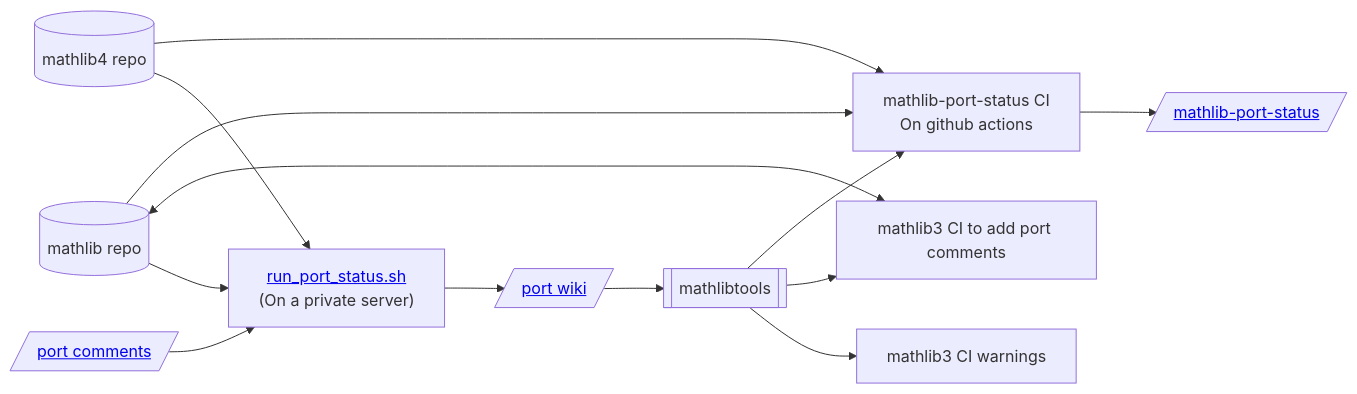
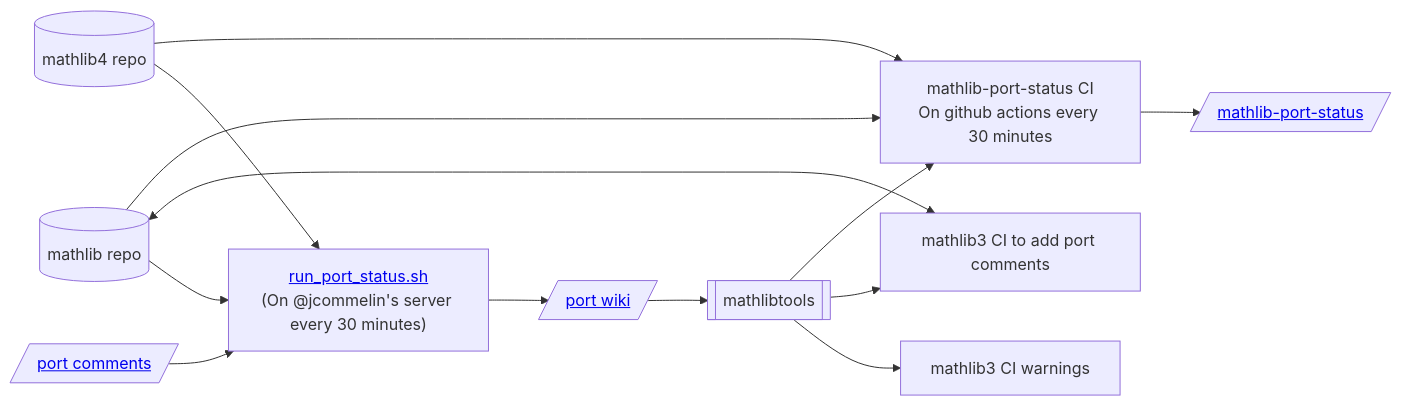
The diagram in README.md (leanprover-community/mathlib-port-status), drawn with Mermaid before and after one commit.

Commit message:
More CI details in the readme

````diff
--- a/README.md
+++ b/README.md
@@ -6,27 +6,27 @@
 ```mermaid
 graph LR;
     mathlib4[(mathlib4 repo)]
     mathlib3[(mathlib repo)]
     port-comments[/"<a href='https://raw.githubusercontent.com/wiki/leanprover-community/mathlib4/port-comments.md'>port comments</a>"/]
-    run_port_status["<a href='https://github.com/leanprover-community/mathlib4/blob/master/scripts/run_port_status.sh'>run_port_status.sh</a><br />(On a private server)"]
+    run_port_status["<a href='https://github.com/leanprover-community/mathlib4/blob/master/scripts/run_port_status.sh'>run_port_status.sh</a><br />(On @jcommelin's server every 30 minutes)"]
     port-wiki[/"<a href='https://github.com/leanprover-community/mathlib/wiki/mathlib4-port-status'>port wiki</a>"/]
     mathlibtools[[mathlibtools]]
-    mathlib-port-status-ci[mathlib-port-status CI<br />On github actions]
+    mathlib-port-status-ci[mathlib-port-status CI<br />On github actions every 30 minutes]
     mathlib-port-status[/"<a href='https://leanprover-community.github.io/mathlib-port-status/'>mathlib-port-status</a>"/]
     mathlib3-ci[mathlib3 CI warnings];
     mathlib3-comments[mathlib3 CI to add port comments];
     mathlib4-->run_port_status;
     port-comments-->run_port_status;
     run_port_status-->port-wiki;
     port-wiki-->mathlibtools;
     mathlibtools-->mathlib3-ci;
     mathlibtools-->mathlib3-comments;
     mathlib3-->run_port_status;
 
     mathlib3 <-----> mathlib3-comments;
 
     mathlibtools-->mathlib-port-status-ci;
     mathlib3-->mathlib-port-status-ci;
     mathlib4-->mathlib-port-status-ci;
     mathlib-port-status-ci-->mathlib-port-status;
 ```
````
